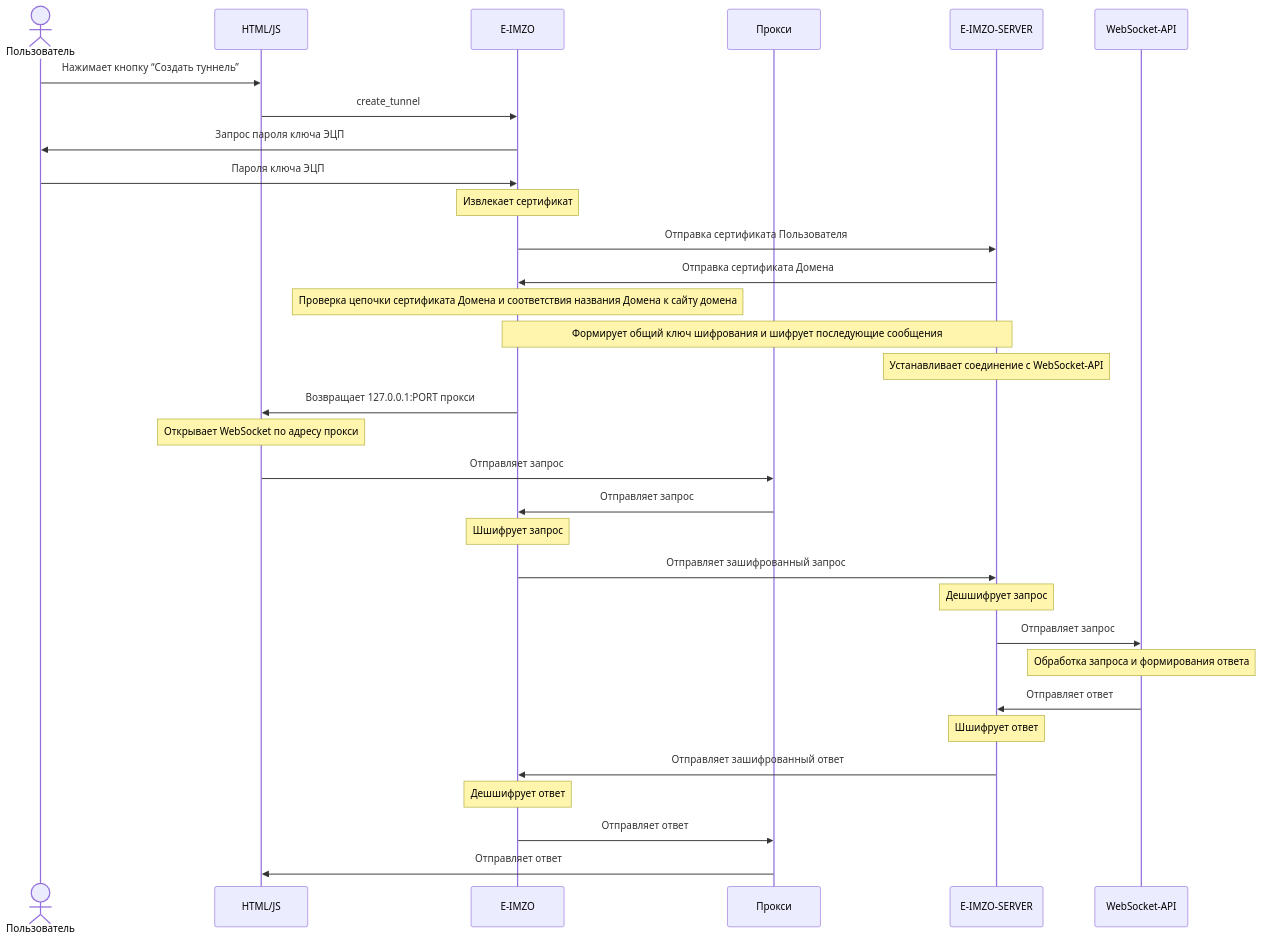
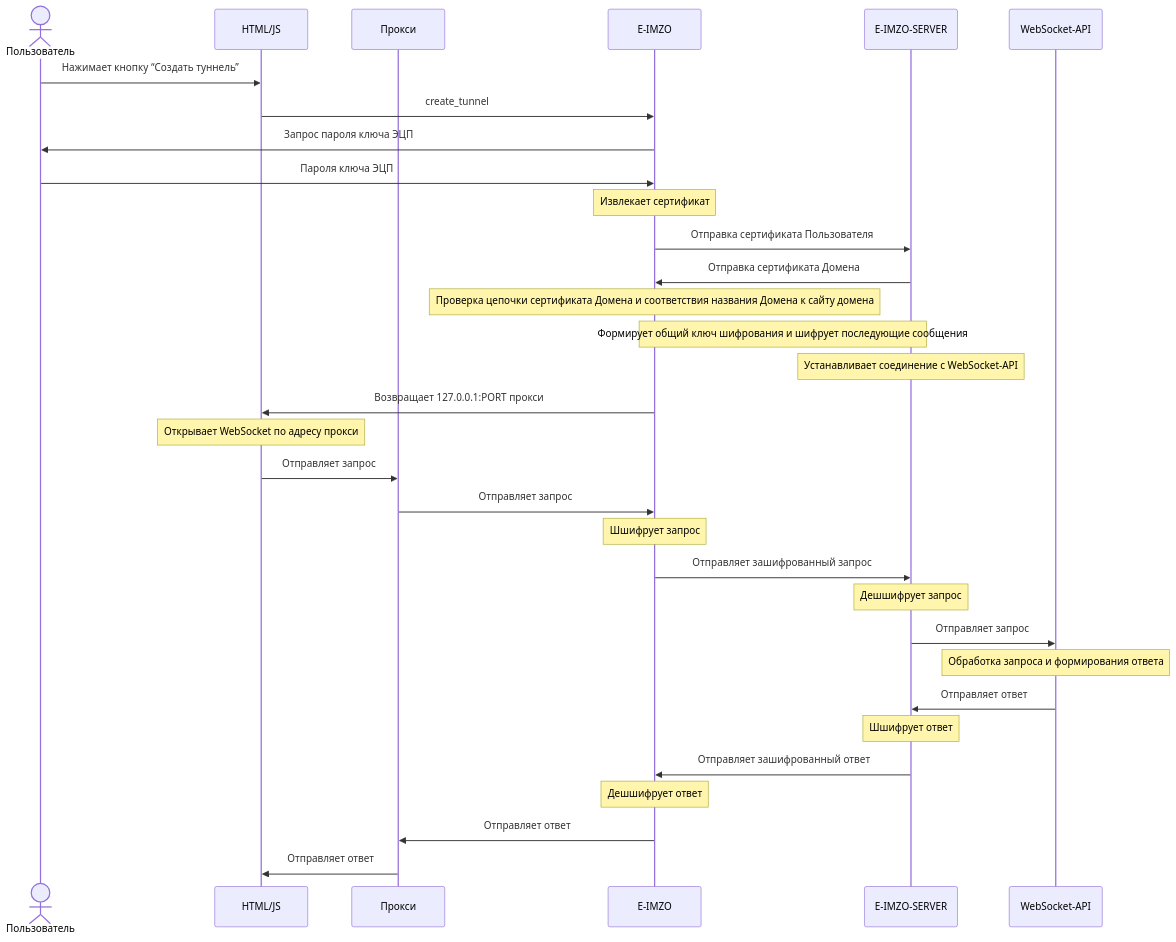
Before and after one commit to qo0p/e-imzo-doc: the third of 3 diagrams in README.md, drawn with Mermaid. The commit also changed other lines of this file, not shown here.

Commit message:
* fixed proxy position

````diff
--- a/README.md
+++ b/README.md
@@ -1111,36 +1111,36 @@
 ```mermaid
 sequenceDiagram
   actor user as Пользователь
   participant frontend as HTML/JS
+  participant proxy as Прокси
   participant eimzo as E-IMZO
-  participant proxy as Прокси
   participant backend as E-IMZO-SERVER
   participant api as WebSocket-API
   
   user ->> frontend: Нажимает кнопку “Создать туннель”
   frontend ->> eimzo: create_tunnel
   eimzo ->> user: Запрос пароля ключа ЭЦП
   user ->> eimzo: Пароля ключа ЭЦП
   Note over eimzo: Извлекает сертификат
   eimzo ->> backend: Отправка сертификата Пользователя
   backend ->> eimzo: Отправка сертификата Домена
   Note over eimzo: Проверка цепочки сертификата Домена и соответствия названия Домена к сайту домена
   Note over eimzo,backend: Формирует общий ключ шифрования и шифрует последующие сообщения
   Note over backend: Устанавливает соединение с WebSocket-API
   eimzo ->> frontend: Возвращает 127.0.0.1:PORT прокси
   Note over frontend: Открывает WebSocket по адресу прокси
   frontend ->> proxy: Отправляет запрос
   proxy ->> eimzo: Отправляет запрос
   Note over eimzo: Шшифрует запрос
   eimzo ->> backend: Отправляет зашифрованный запрос
   Note over backend: Дешшифрует запрос
   backend ->> api: Отправляет запрос
   Note over api: Обработка запроса и формирования ответа
   api ->> backend: Отправляет ответ
   Note over backend: Шшифрует ответ
   backend ->> eimzo: Отправляет зашифрованный ответ
   Note over eimzo: Дешшифрует ответ
   eimzo ->> proxy: Отправляет ответ  
   proxy ->> frontend: Отправляет ответ  
 
 ```
````
